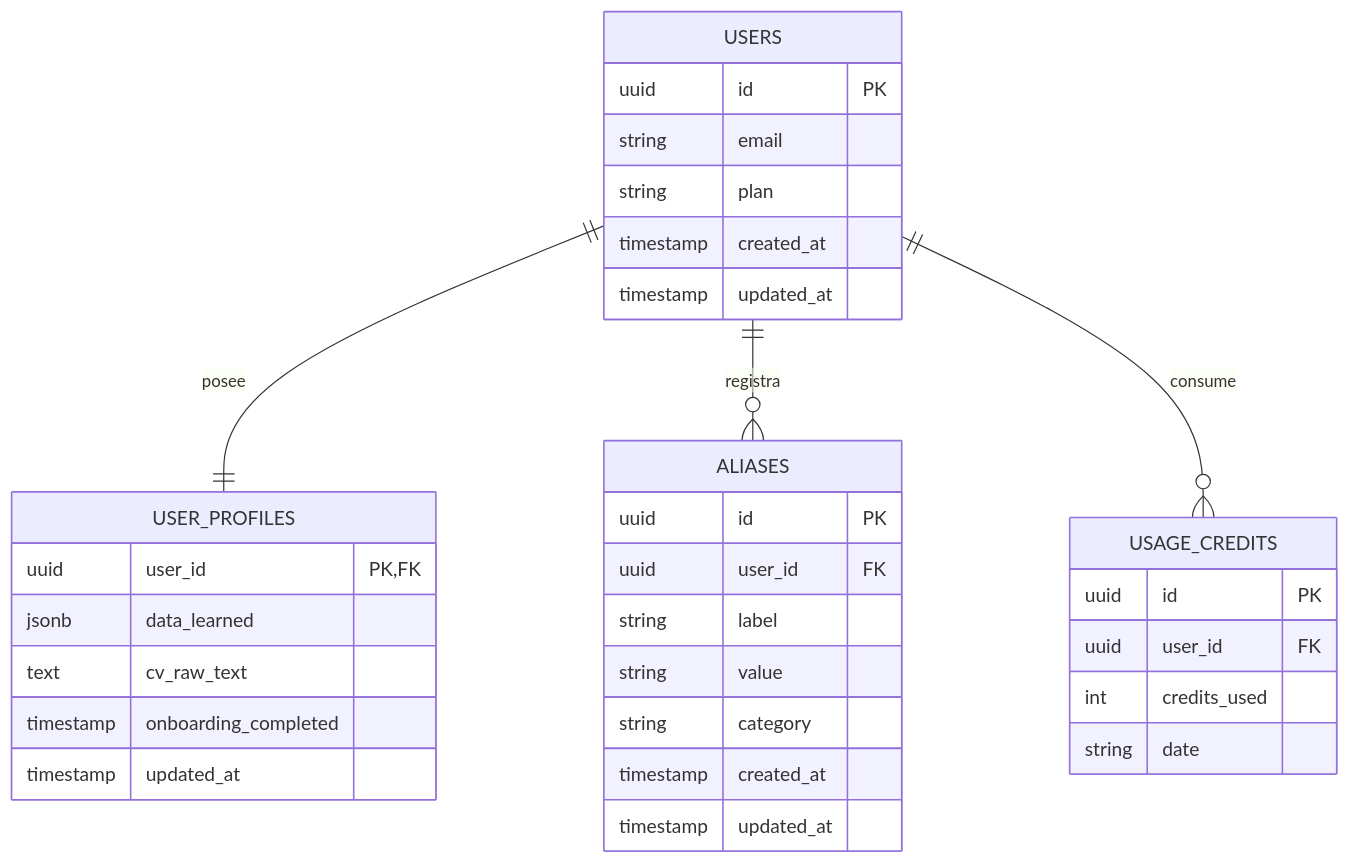
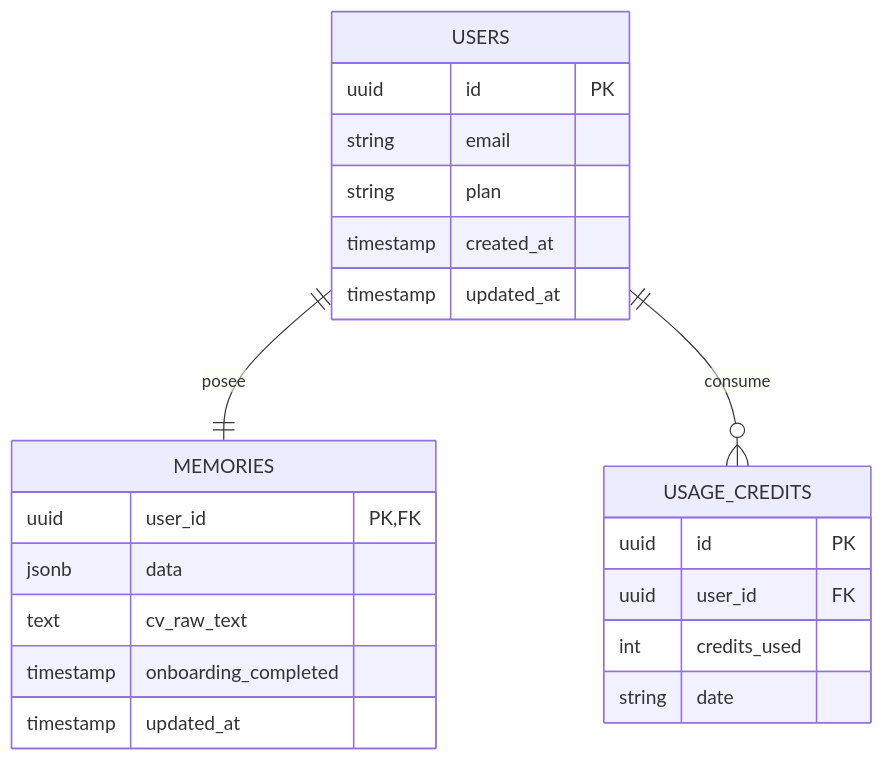
Before and after one commit to cognilot/cognilot: the diagram in docs/DATABASE.md, drawn with Mermaid. The commit also changed other lines of this file and 81 other files, not shown here.

````diff
--- a/docs/DATABASE.md
+++ b/docs/DATABASE.md
@@ -14,36 +14,26 @@
 ```mermaid
 erDiagram
     USERS {
         uuid id PK
         string email
         string plan
         timestamp created_at
         timestamp updated_at
     }
-    USER_PROFILES {
+    MEMORIES {
         uuid user_id PK, FK
-        jsonb data_learned
+        jsonb data
         text cv_raw_text
         timestamp onboarding_completed
-        timestamp updated_at
-    }
-    ALIASES {
-        uuid id PK
-        uuid user_id FK
-        string label
-        string value
-        string category
-        timestamp created_at
         timestamp updated_at
     }
     USAGE_CREDITS {
         uuid id PK
         uuid user_id FK
         int credits_used
         string date
     }
 
-    USERS ||--|| USER_PROFILES : "posee"
-    USERS ||--o{ ALIASES : "registra"
+    USERS ||--|| MEMORIES : "posee"
     USERS ||--o{ USAGE_CREDITS : "consume"
 ```
````
